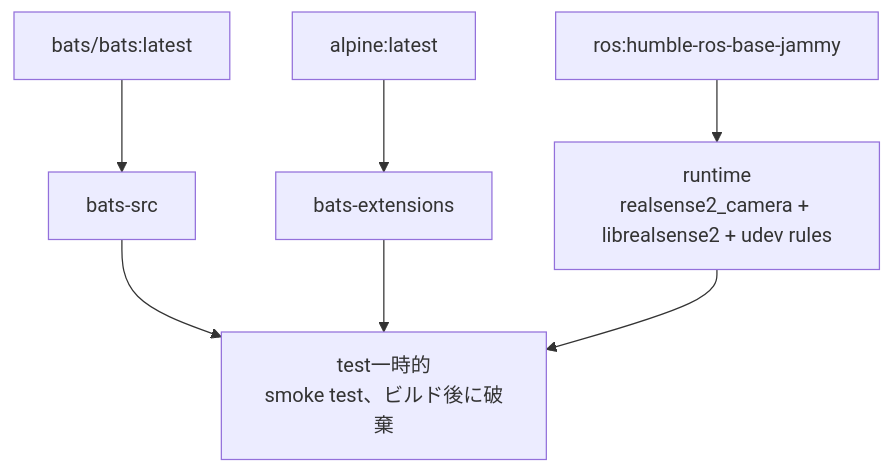
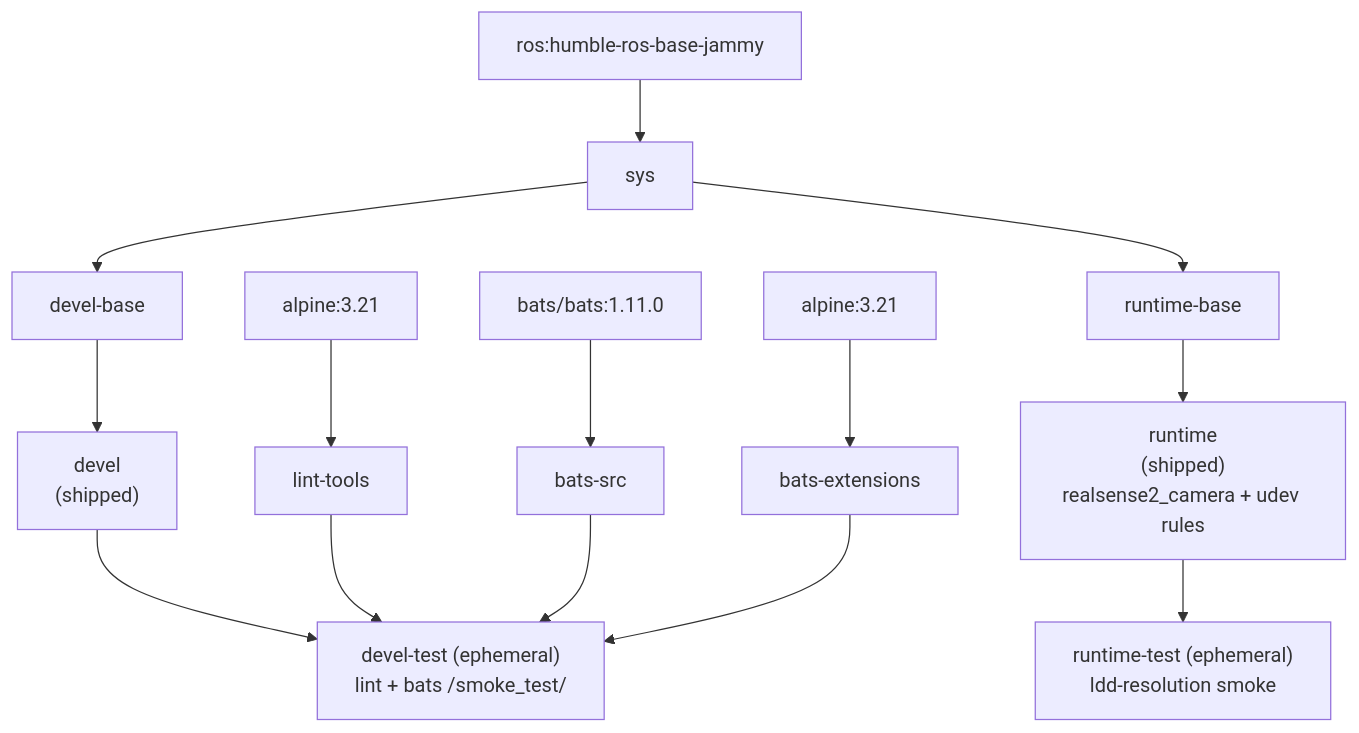
The diagram in doc/README.ja.md (ycpss91255-docker/realsense_ros2), drawn with Mermaid before and after one commit. The commit also changed other lines of this file and 5 other files, not shown here.

````diff
--- a/doc/README.ja.md
+++ b/doc/README.ja.md
@@ -90,16 +113,25 @@
 ```mermaid
 graph TD
-    EXT1["bats/bats:latest"]
-    EXT2["alpine:latest"]
-    EXT3["ros:humble-ros-base-jammy"]
+    EXT1["bats/bats:1.11.0"]
+    EXT2["alpine:3.21"]
+    EXT3["alpine:3.21"]
+    EXT4["ros:humble-ros-base-jammy"]
 
-    EXT1 --> bats-src["bats-src"]
-    EXT2 --> bats-ext["bats-extensions"]
+    EXT1 --> batssrc["bats-src"]
+    EXT2 --> batsext["bats-extensions"]
+    EXT3 --> lint["lint-tools"]
 
-    EXT3 --> runtime["runtime\nrealsense2_camera + librealsense2 + udev rules"]
+    EXT4 --> sys["sys"]
 
-    bats-src --> test["test一時的\nsmoke test、ビルド後に破棄"]
-    bats-ext --> test
-    runtime --> test
+    sys --> develbase["devel-base"]
+    develbase --> devel["devel\n(shipped)"]
+    devel --> develtest["devel-test (ephemeral)\nlint + bats /smoke_test/"]
 
+    sys --> runtimebase["runtime-base"]
+    runtimebase --> runtime["runtime\n(shipped)\nrealsense2_camera + udev rules"]
+    runtime --> runtimetest["runtime-test (ephemeral)\nldd-resolution smoke"]
+
+    lint --> develtest
+    batssrc --> develtest
+    batsext --> develtest
 ```
````
